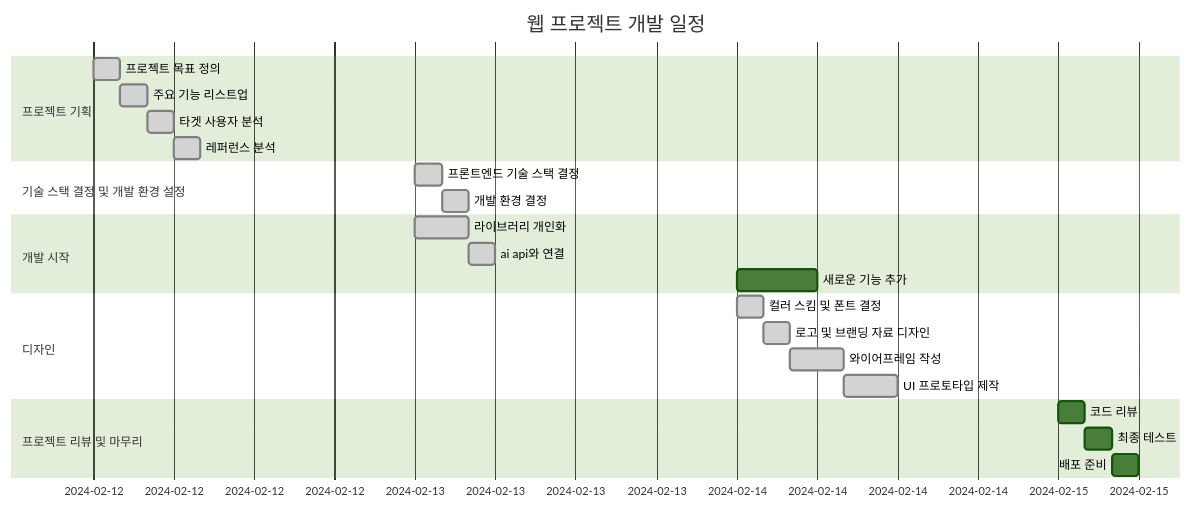
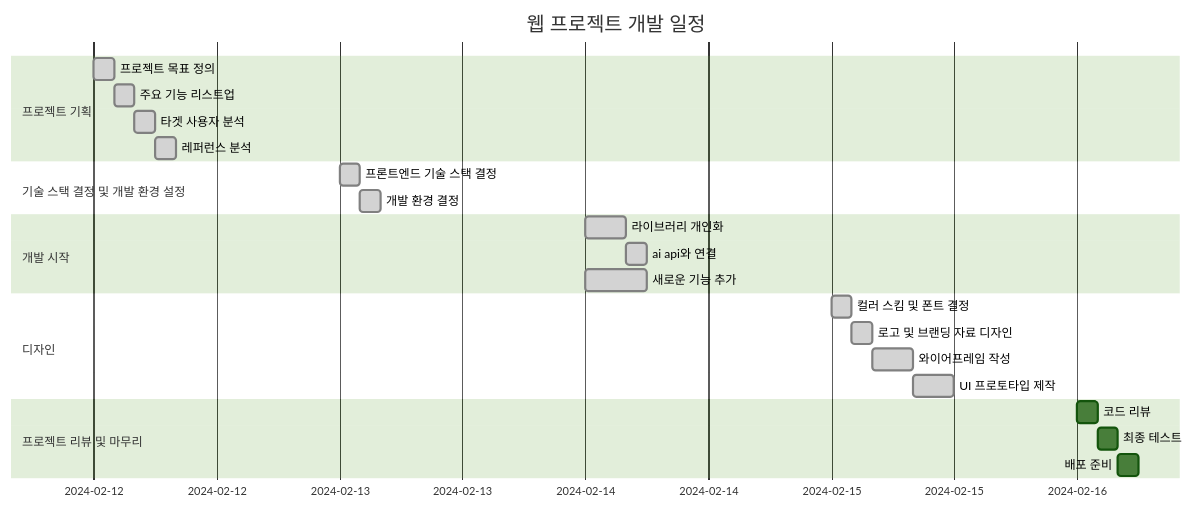
One commit to matty255/code-helper changed the first of 2 diagrams in README.md. Above: the diagram before and after it, drawn with Mermaid (forest theme). The commit also changed other lines of this file, not shown here.

````diff
--- a/README.md
+++ b/README.md
@@ -15,33 +31,33 @@
 ```mermaid
 gantt
     dateFormat  MM-DD
     title 웹 프로젝트 개발 일정
 
     section 프로젝트 기획
     프로젝트 목표 정의          :done,    des1, 02-12, 2h
     주요 기능 리스트업         :done,       des2, after des1, 2h
     타겟 사용자 분석           :done,      des3, after des2, 2h
     레퍼런스 분석               :done,     des4, after des3, 2h
 
     section 기술 스택 결정 및 개발 환경 설정
     프론트엔드 기술 스택 결정  :done,       des5, 02-13, 2h
     개발 환경 결정             :done,      des6, after des5, 2h
 
     section 개발 시작
-    라이브러리 개인화          :done,      des7, 02-13, 4h
+    라이브러리 개인화          :done,      des7, 02-14, 4h
     ai api와 연결             :done,     des8, after des7, 2h
-    새로운 기능 추가             :    des8, 02-14, 6h
+    새로운 기능 추가           :done,    des8, 02-14, 6h
 
 
     section 디자인
-    컬러 스킴 및 폰트 결정     :done,         des9, 02-14, 2h
+    컬러 스킴 및 폰트 결정     :done,         des9, 02-15, 2h
     로고 및 브랜딩 자료 디자인 :done,        des10, after des9, 2h
     와이어프레임 작성          :done,         des11, after des10, 4h
     UI 프로토타입 제작         :done,         des12, after des11, 4h
 
     section 프로젝트 리뷰 및 마무리
-    코드 리뷰                 :         des13, 02-15, 2h
+    코드 리뷰                 :         des13, 02-16, 2h
     최종 테스트               :         des14, after des13, 2h
     배포 준비                 :         des15, after des14, 2h
 
 ```
````
